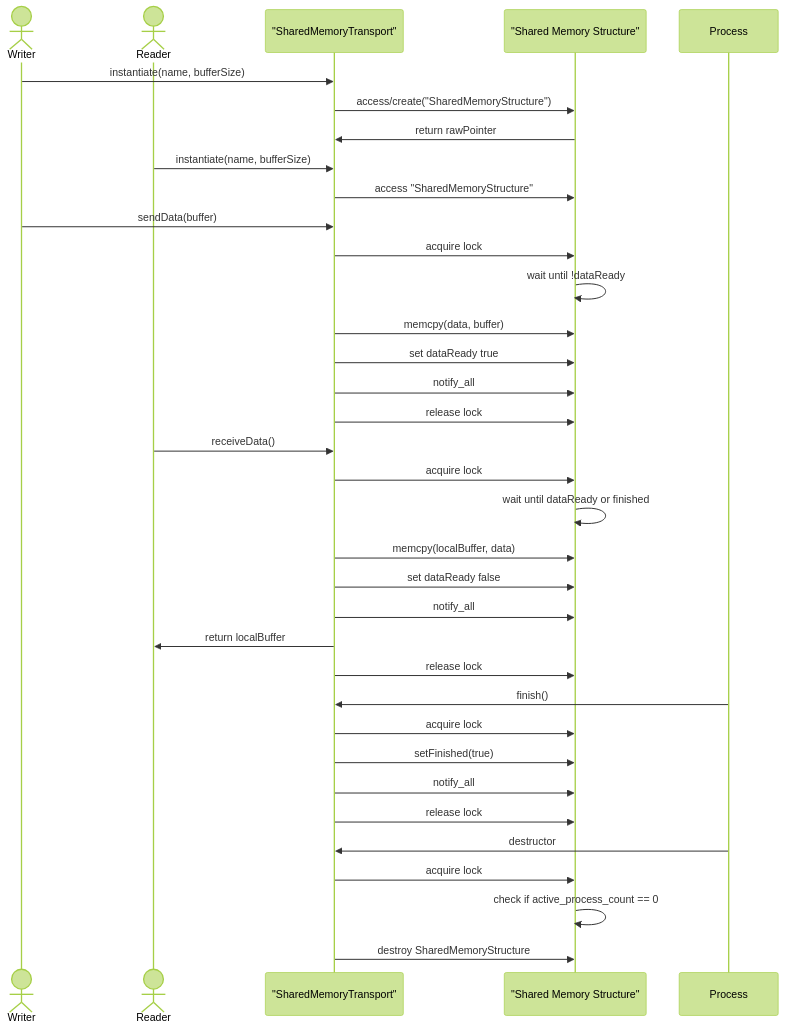
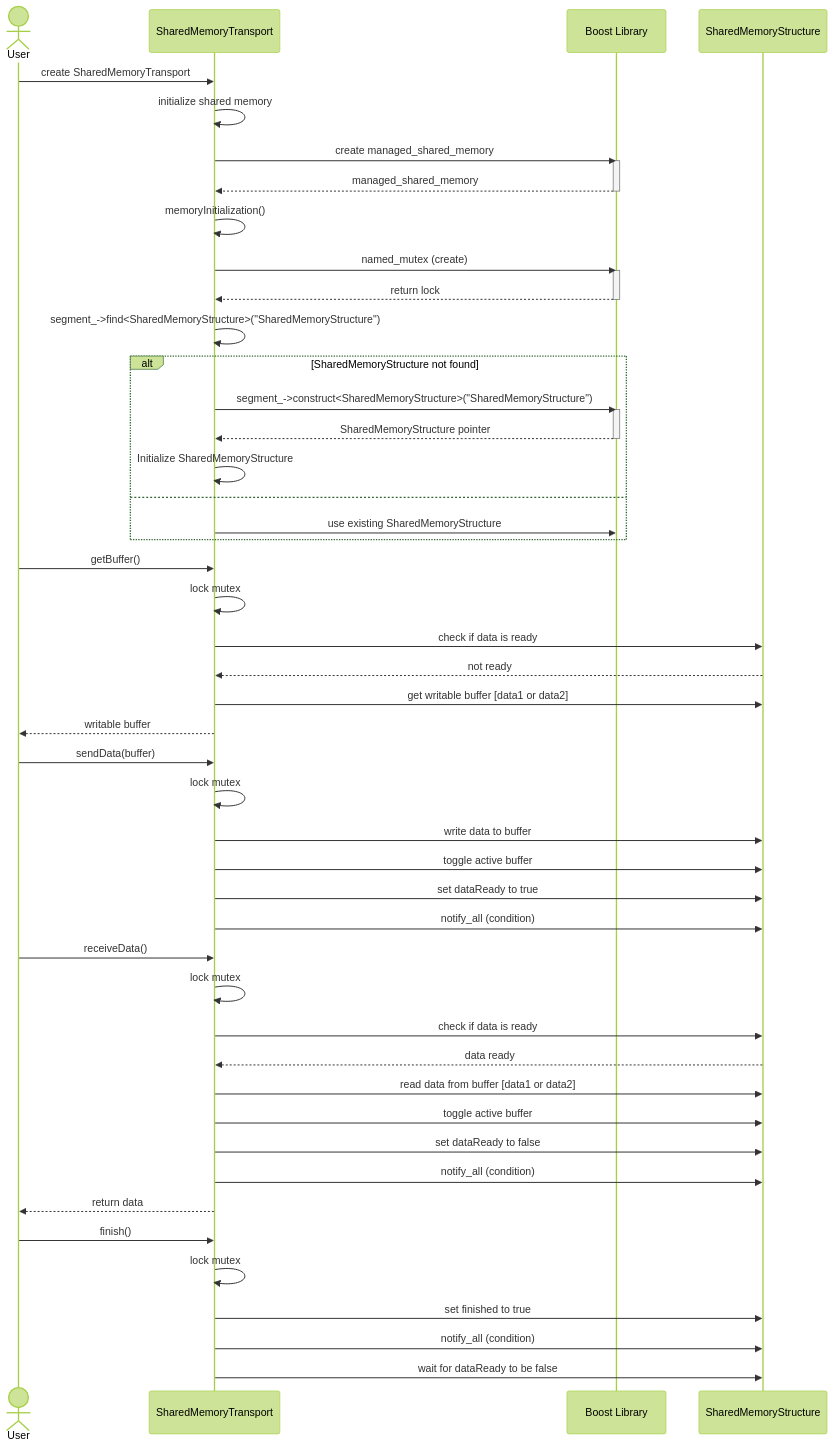
The diagram in README.md (vano19/CopyProgramm), drawn with Mermaid (forest theme) before and after one commit. The commit also changed 15 other files, not shown here.

Commit message:
Double shared buffer approach

````diff
--- a/README.md
+++ b/README.md
@@ -3,47 +3,61 @@
 ```mermaid
 sequenceDiagram
-    actor Writer
-    actor Reader
-    participant SMT as "SharedMemoryTransport"
-    participant SMS as "Shared Memory Structure"
+    actor User
 
-    %% Initialization
-    Writer ->> SMT: instantiate(name, bufferSize)
-    SMT ->> SMS: access/create("SharedMemoryStructure")
-    SMS ->> SMT: return rawPointer
+    participant SMT as SharedMemoryTransport
+    participant BL as Boost Library
+    participant SMS as SharedMemoryStructure
 
-    Reader ->> SMT: instantiate(name, bufferSize)
-    SMT ->> SMS: access "SharedMemoryStructure"
+    User ->> SMT: create SharedMemoryTransport
+    SMT ->> SMT: initialize shared memory
+    SMT ->> BL: create managed_shared_memory
+    activate BL
+    BL -->> SMT: managed_shared_memory
+    deactivate BL
+    SMT ->> SMT: memoryInitialization()
+    SMT ->> BL: named_mutex (create)
+    activate BL
+    BL -->> SMT: return lock
+    deactivate BL
+    SMT ->> SMT: segment_->find<SharedMemoryStructure>("SharedMemoryStructure")
 
-    %% Write Data
-    Writer ->> SMT: sendData(buffer)
-    SMT ->> SMS: acquire lock
-    SMS ->> SMS: wait until !dataReady
-    SMT ->> SMS: memcpy(data, buffer)
-    SMT ->> SMS: set dataReady true
-    SMT ->> SMS: notify_all
-    SMT ->> SMS: release lock
+    alt SharedMemoryStructure not found
+      SMT ->> BL: segment_->construct<SharedMemoryStructure>("SharedMemoryStructure")
+      activate BL
+      BL -->> SMT: SharedMemoryStructure pointer
+      deactivate BL
+      SMT ->> SMT: Initialize SharedMemoryStructure
+    else
+      SMT ->> BL: use existing SharedMemoryStructure
+    end
 
-    %% Read Data
-    Reader ->> SMT: receiveData()
-    SMT ->> SMS: acquire lock
-    SMS ->> SMS: wait until dataReady or finished
-    SMT ->> SMS: memcpy(localBuffer, data)
-    SMT ->> SMS: set dataReady false
-    SMT ->> SMS: notify_all
-    SMT ->> Reader: return localBuffer
-    SMT ->> SMS: release lock
+    User ->> SMT: getBuffer()
+    SMT ->> SMT: lock mutex
+    SMT ->> SMS: check if data is ready
+    SMS -->> SMT: not ready
+    SMT ->> SMS: get writable buffer [data1 or data2]
+    SMT -->> User: writable buffer
 
-    %% Finish Communication
-    Process ->> SMT: finish()
-    SMT ->> SMS: acquire lock
-    SMT ->> SMS: setFinished(true)
-    SMT ->> SMS: notify_all
-    SMT ->> SMS: release lock
+    User ->> SMT: sendData(buffer)
+    SMT ->> SMT: lock mutex
+    SMT ->> SMS: write data to buffer
+    SMT ->> SMS: toggle active buffer
+    SMT ->> SMS: set dataReady to true
+    SMT ->> SMS: notify_all (condition)
 
-    %% Cleanup
-    Process ->> SMT: destructor
-    SMT ->> SMS: acquire lock
-    SMS ->> SMS: check if active_process_count == 0
-    SMT ->> SMS: destroy SharedMemoryStructure
+    User ->> SMT: receiveData()
+    SMT ->> SMT: lock mutex
+    SMT ->> SMS: check if data is ready
+    SMS -->> SMT: data ready
+    SMT ->> SMS: read data from buffer [data1 or data2]
+    SMT ->> SMS: toggle active buffer
+    SMT ->> SMS: set dataReady to false
+    SMT ->> SMS: notify_all (condition)
+    SMT -->> User: return data
+
+    User ->> SMT: finish()
+    SMT ->> SMT: lock mutex
+    SMT ->> SMS: set finished to true
+    SMT ->> SMS: notify_all (condition)
+    SMT ->> SMS: wait for dataReady to be false
 ```
````
